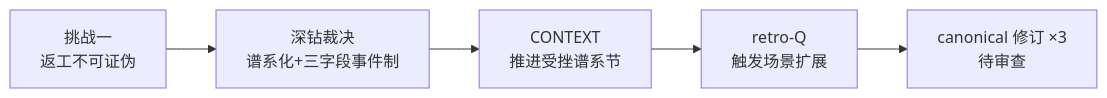
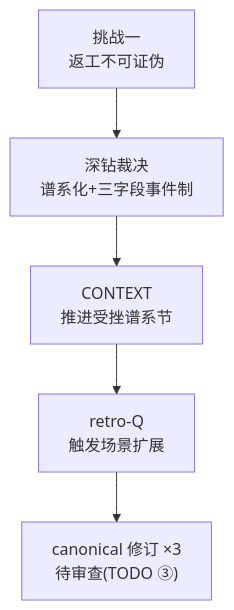
The third of 5 diagrams in harness/PROJECT-OVERVIEW.md (code-cycler/info-driven-ai-se-harness-engineering), drawn with Mermaid before and after one commit. The commit also changed other lines of this file and 27 other files, not shown here.

````diff
--- a/harness/PROJECT-OVERVIEW.md
+++ b/harness/PROJECT-OVERVIEW.md
@@ -113,7 +185,7 @@
 ```mermaid
-flowchart LR
+flowchart TD
     P1c["挑战一<br/>返工不可证伪"] --> P2c["深钻裁决<br/>谱系化+三字段事件制"]
     P2c --> P3c["CONTEXT<br/>推进受挫谱系节"]
     P3c --> P4c["retro-Q<br/>触发场景扩展"]
-    P4c --> P5c["canonical 修订 ×3<br/>待审查"]
+    P4c --> P5c["canonical 修订 ×3<br/>待审查(TODO ③)"]
 ```
````
